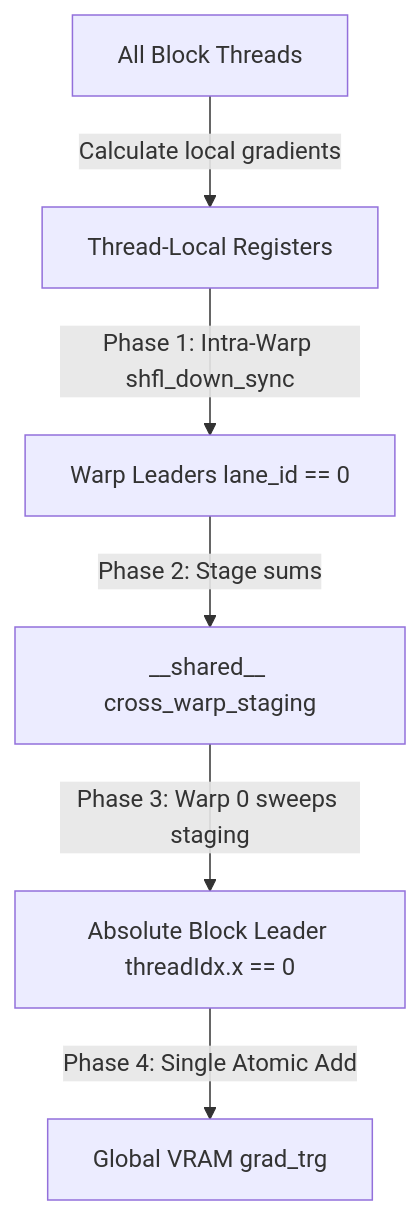
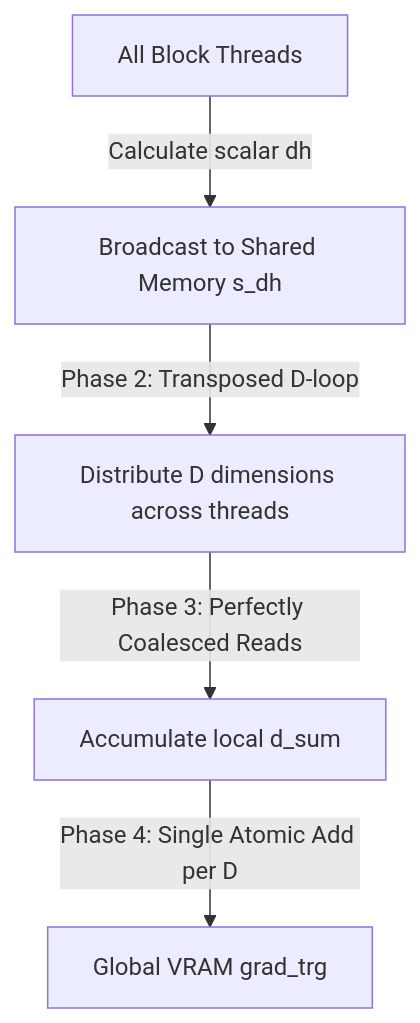
One commit to joenaess/flash-attention changed the diagram in PERF_REDUCTION.md. Above: the diagram before and after it, drawn with Mermaid. The commit also changed other lines of this file and 8 other files, not shown here.

````diff
--- a/PERF_REDUCTION.md
+++ b/PERF_REDUCTION.md
@@ -41,8 +41,7 @@
 ```mermaid
 graph TD
-    A[All Block Threads] -->|Calculate local gradients| B[Thread-Local Registers]
-    B -->|Phase 1: Intra-Warp shfl_down_sync| C[Warp Leaders lane_id == 0]
-    C -->|Phase 2: Stage sums| D[__shared__ cross_warp_staging]
-    D -->|Phase 3: Warp 0 sweeps staging| E[Absolute Block Leader threadIdx.x == 0]
-    E -->|Phase 4: Single Atomic Add| F[Global VRAM grad_trg]
+    A[All Block Threads] -->|Calculate scalar dh| B[Broadcast to Shared Memory s_dh]
+    B -->|Phase 2: Transposed D-loop| C[Distribute D dimensions across threads]
+    C -->|Phase 3: Perfectly Coalesced Reads| D[Accumulate local d_sum]
+    D -->|Phase 4: Single Atomic Add per D| E[Global VRAM grad_trg]
 ```
````
